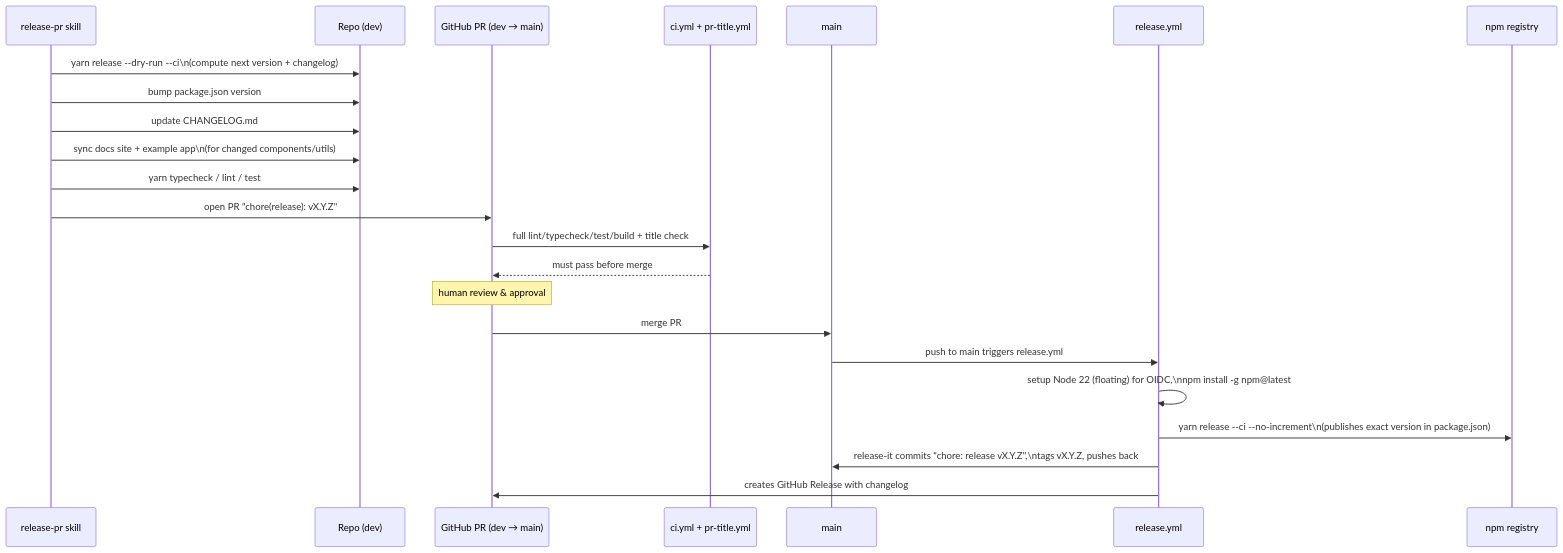
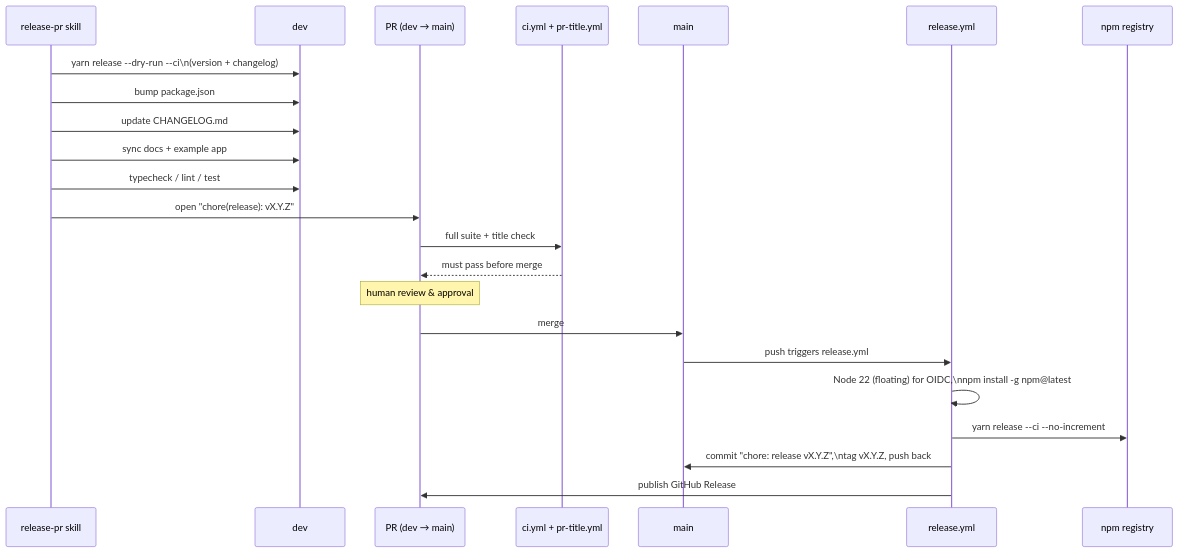
The fourth of 5 diagrams in COLLABORATION_FLOW.md (SpaceUY/pulsar-ui), drawn with Mermaid before and after one commit. The commit also changed other lines of this file and 10 other files, not shown here.

````diff
--- a/COLLABORATION_FLOW.md
+++ b/COLLABORATION_FLOW.md
@@ -143,26 +243,26 @@
 ```mermaid
 sequenceDiagram
     participant Skill as release-pr skill
-    participant Repo as Repo (dev)
-    participant GH as GitHub PR (dev → main)
+    participant Repo as dev
+    participant GH as PR (dev → main)
     participant CI as ci.yml + pr-title.yml
     participant Main as main
     participant Rel as release.yml
     participant NPM as npm registry
 
-    Skill->>Repo: yarn release --dry-run --ci\n(compute next version + changelog)
-    Skill->>Repo: bump package.json version
+    Skill->>Repo: yarn release --dry-run --ci\n(version + changelog)
+    Skill->>Repo: bump package.json
     Skill->>Repo: update CHANGELOG.md
-    Skill->>Repo: sync docs site + example app\n(for changed components/utils)
-    Skill->>Repo: yarn typecheck / lint / test
-    Skill->>GH: open PR "chore(release): vX.Y.Z"
-    GH->>CI: full lint/typecheck/test/build + title check
+    Skill->>Repo: sync docs + example app
+    Skill->>Repo: typecheck / lint / test
+    Skill->>GH: open "chore(release): vX.Y.Z"
+    GH->>CI: full suite + title check
     CI-->>GH: must pass before merge
     Note over GH: human review & approval
-    GH->>Main: merge PR
-    Main->>Rel: push to main triggers release.yml
-    Rel->>Rel: setup Node 22 (floating) for OIDC,\nnpm install -g npm@latest
-    Rel->>NPM: yarn release --ci --no-increment\n(publishes exact version in package.json)
-    Rel->>Main: release-it commits "chore: release vX.Y.Z",\ntags vX.Y.Z, pushes back
-    Rel->>GH: creates GitHub Release with changelog
+    GH->>Main: merge
+    Main->>Rel: push triggers release.yml
+    Rel->>Rel: Node 22 (floating) for OIDC,\nnpm install -g npm@latest
+    Rel->>NPM: yarn release --ci --no-increment
+    Rel->>Main: commit "chore: release vX.Y.Z",\ntag vX.Y.Z, push back
+    Rel->>GH: publish GitHub Release
 ```
````
